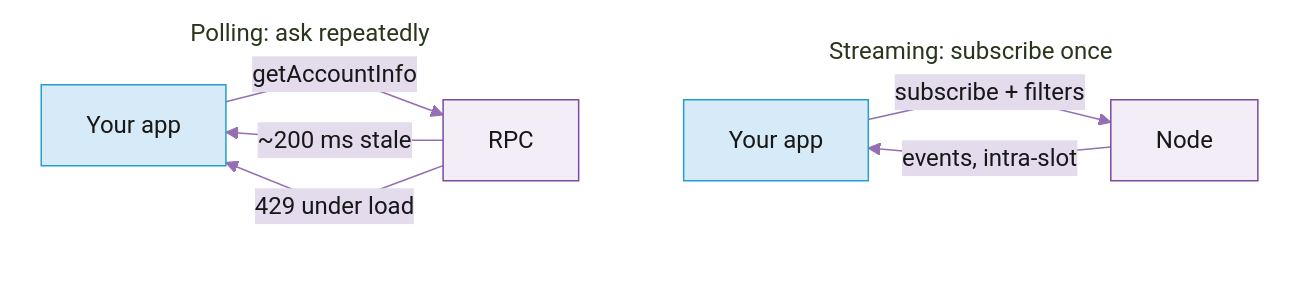
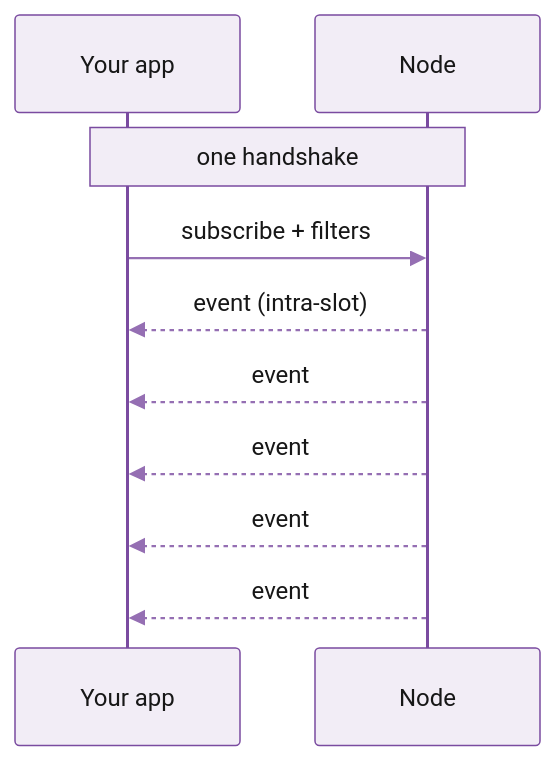
Before and after one commit to praptisharma28/triton-docs-v5: the second of 2 diagrams in documentation/real-time-streaming.md, drawn with Mermaid. The commit also changed other lines of this file and 5 other files, not shown here.

Commit message:
Diagrams: Cloudbreak corrected schema (state + index -> query layer, app -> query tracker -> index); polling vs streaming as ping-pong/continuous sequence diagrams; Deshred shared reconstruct then fork (regular gRPC vs pre-execution); lighter edge-label background in shared init

````diff
--- a/documentation/real-time-streaming.md
+++ b/documentation/real-time-streaming.md
@@ -13,18 +30,13 @@
 ```mermaid
-%%{init: {'theme':'base','themeVariables':{'primaryColor':'#F2EDF6','primaryBorderColor':'#7A4BA0','primaryTextColor':'#171717','lineColor':'#956FB3','secondaryColor':'#E4DBEC','tertiaryColor':'#D7C9E3'},'flowchart':{'nodeSpacing':20,'rankSpacing':35,'curve':'linear'}}}%%
-flowchart LR
-    subgraph poll["Polling: ask repeatedly"]
-        pc["Your app"] -->|"getAccountInfo"| pr["RPC"]
-        pr -->|"~200 ms stale"| pc
-        pr -->|"429 under load"| pc
-    end
-    subgraph stream["Streaming: subscribe once"]
-        sc["Your app"] -->|"subscribe + filters"| sr["Node"]
-        sr -->|"events, intra-slot"| sc
-    end
-    pr ~~~ sc
-    style poll fill:none,stroke:none
-    style stream fill:none,stroke:none
-    style pc fill:#D6EAF8,stroke:#259DD0
-    style sc fill:#D6EAF8,stroke:#259DD0
+%%{init: {'theme':'base','themeVariables':{'primaryColor':'#F2EDF6','primaryBorderColor':'#7A4BA0','primaryTextColor':'#171717','lineColor':'#956FB3','actorBkg':'#F2EDF6','actorBorder':'#7A4BA0','actorTextColor':'#171717','signalColor':'#956FB3','signalTextColor':'#171717','noteBkgColor':'#F2EDF6','noteBorderColor':'#7A4BA0','noteTextColor':'#171717','labelBoxBkgColor':'#E4DBEC','labelBoxBorderColor':'#7A4BA0'}}}%%
+sequenceDiagram
+    participant C as Your app
+    participant S as Node
+    Note over C,S: one handshake
+    C->>S: subscribe + filters
+    S-->>C: event (intra-slot)
+    S-->>C: event
+    S-->>C: event
+    S-->>C: event
+    S-->>C: event
 ```
````
